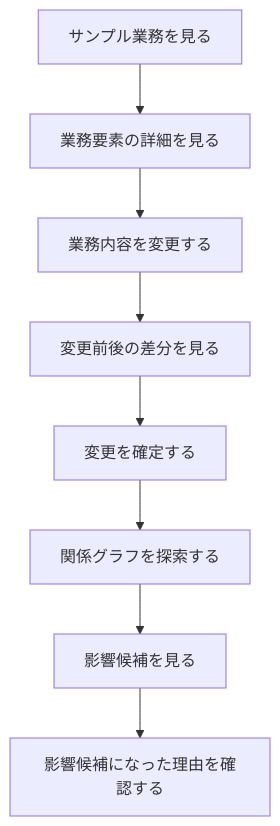
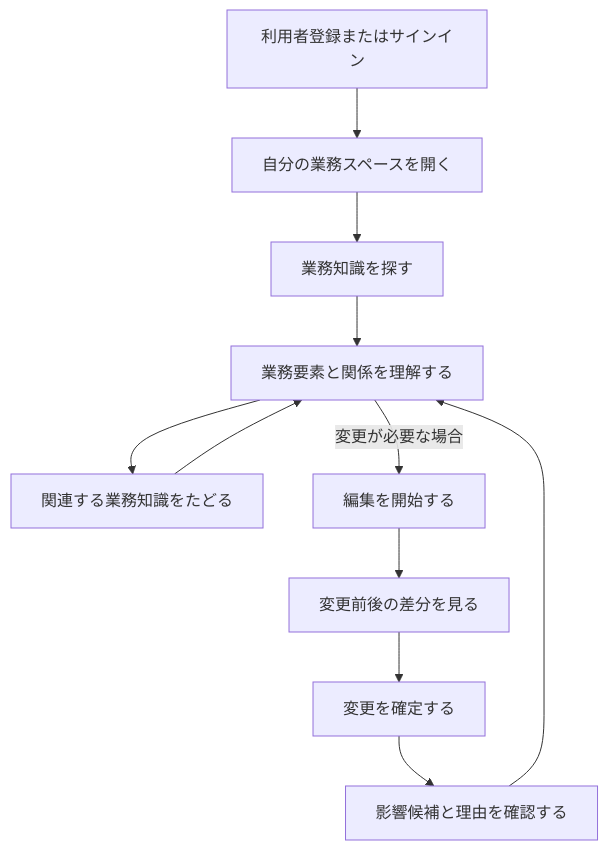
Before and after one commit to takuya9622/process-diff-mvp: the diagram in docs/requirements/README.md, drawn with Mermaid. The commit also changed other lines of this file and 88 other files, not shown here.

````diff
--- a/docs/requirements/README.md
+++ b/docs/requirements/README.md
@@ -128,10 +190,13 @@
 ```mermaid
 flowchart TD
-    A[サンプル業務を見る] --> B[業務要素の詳細を見る]
-    B --> C[業務内容を変更する]
-    C --> D[変更前後の差分を見る]
-    D --> E[変更を確定する]
-    E --> F[関係グラフを探索する]
-    F --> G[影響候補を見る]
-    G --> H[影響候補になった理由を確認する]
+    A[利用者登録またはサインイン] --> B[自分の業務スペースを開く]
+    B --> C[業務知識を探す]
+    C --> D[業務要素と関係を理解する]
+    D --> I[関連する業務知識をたどる]
+    I --> D
+    D -->|変更が必要な場合| E[編集を開始する]
+    E --> F[変更前後の差分を見る]
+    F --> G[変更を確定する]
+    G --> H[影響候補と理由を確認する]
+    H --> D
 ```
````
